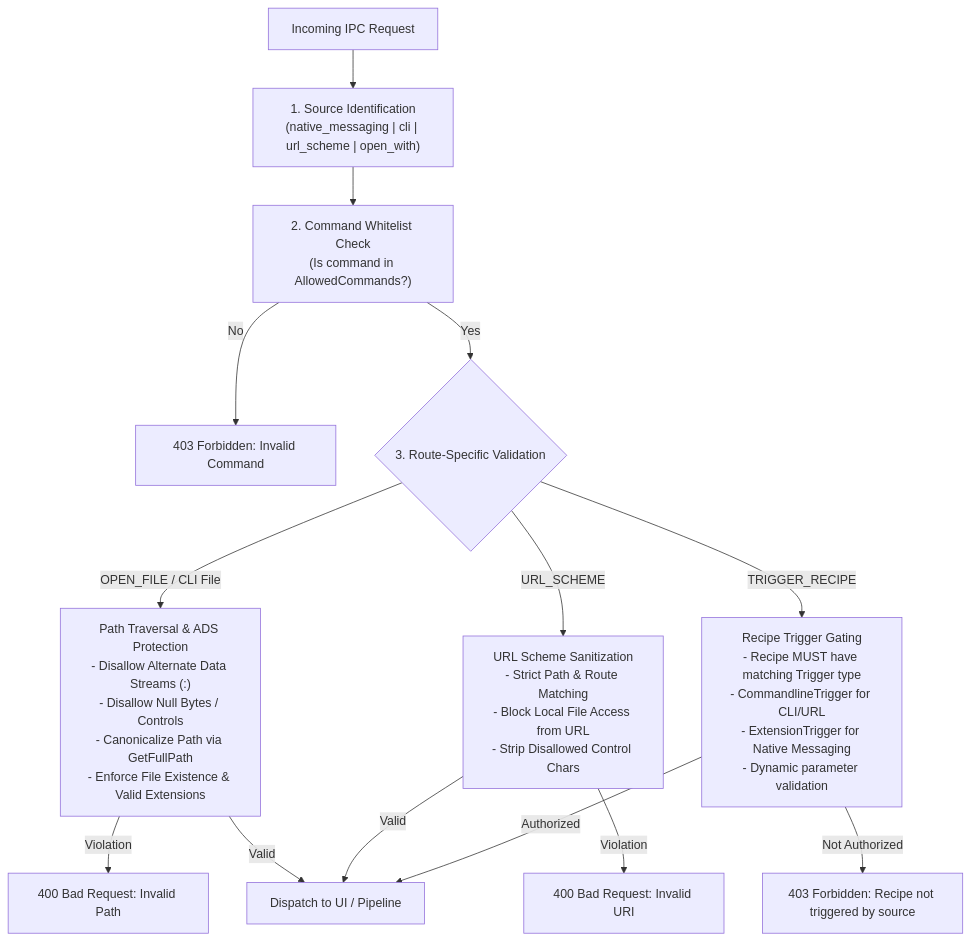
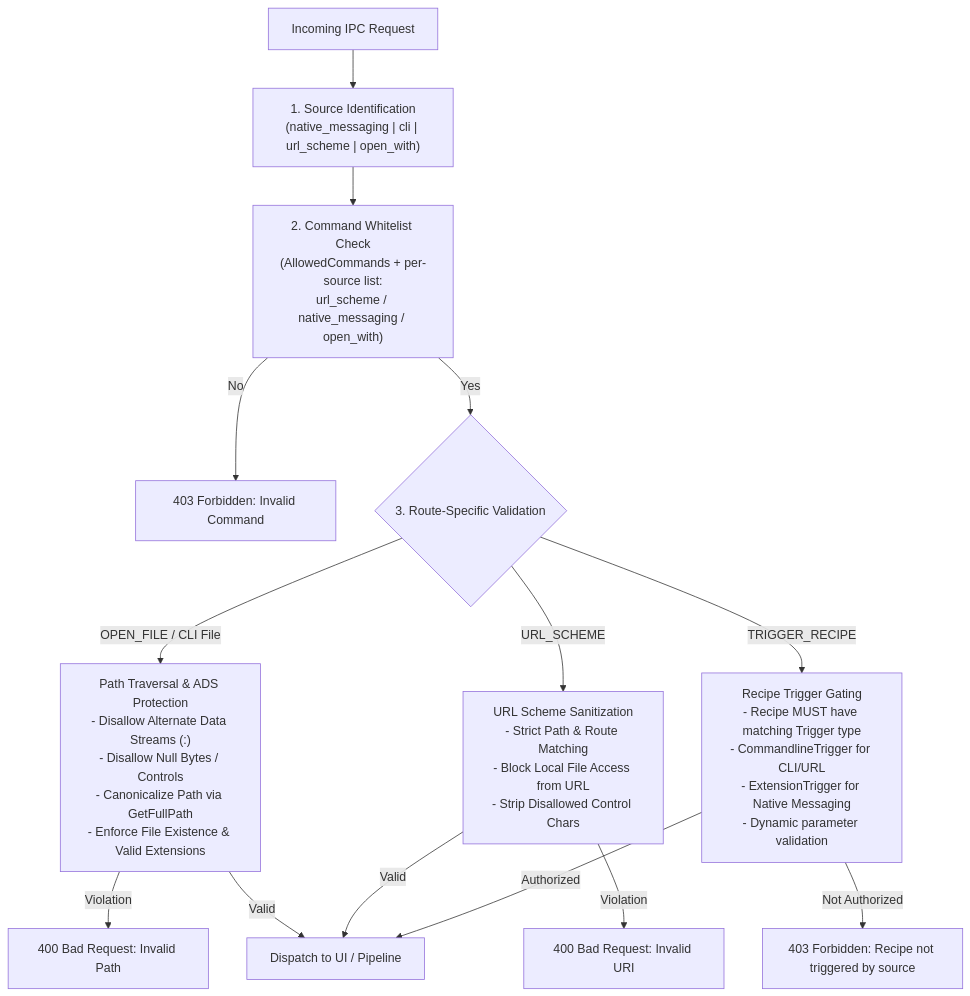
The second of 2 diagrams in docs/greenshot-proxy-and-integration.md (greenshot/greenshot), drawn with Mermaid before and after one commit. The commit also changed other lines of this file and 47 other files, not shown here.

````diff
--- a/docs/greenshot-proxy-and-integration.md
+++ b/docs/greenshot-proxy-and-integration.md
@@ -124,20 +159,20 @@
 ```mermaid
 flowchart TD
     Req["Incoming IPC Request"] --> SourceCheck["1. Source Identification<br/>(native_messaging | cli | url_scheme | open_with)"]
-    SourceCheck --> Whitelist["2. Command Whitelist Check<br/>(Is command in AllowedCommands?)"]
+    SourceCheck --> Whitelist["2. Command Whitelist Check<br/>(AllowedCommands + per-source list:<br/>url_scheme / native_messaging / open_with)"]
     Whitelist -- No --> RejectCommand["403 Forbidden: Invalid Command"]
     Whitelist -- Yes --> RouteCheck{"3. Route-Specific Validation"}
     
     RouteCheck -- OPEN_FILE / CLI File --> PathVal["Path Traversal & ADS Protection<br/>- Disallow Alternate Data Streams (:)<br/>- Disallow Null Bytes / Controls<br/>- Canonicalize Path via GetFullPath<br/>- Enforce File Existence & Valid Extensions"]
     PathVal -- Violation --> RejectPath["400 Bad Request: Invalid Path"]
     
     RouteCheck -- URL_SCHEME --> UrlVal["URL Scheme Sanitization<br/>- Strict Path & Route Matching<br/>- Block Local File Access from URL<br/>- Strip Disallowed Control Chars"]
     UrlVal -- Violation --> RejectUrl["400 Bad Request: Invalid URI"]
     
     RouteCheck -- TRIGGER_RECIPE --> RecipeVal["Recipe Trigger Gating<br/>- Recipe MUST have matching Trigger type<br/>- CommandlineTrigger for CLI/URL<br/>- ExtensionTrigger for Native Messaging<br/>- Dynamic parameter validation"]
     RecipeVal -- Not Authorized --> RejectRecipe["403 Forbidden: Recipe not triggered by source"]
     
     PathVal -- Valid --> Dispatch["Dispatch to UI / Pipeline"]
     UrlVal -- Valid --> Dispatch
     RecipeVal -- Authorized --> Dispatch
 ```
````
